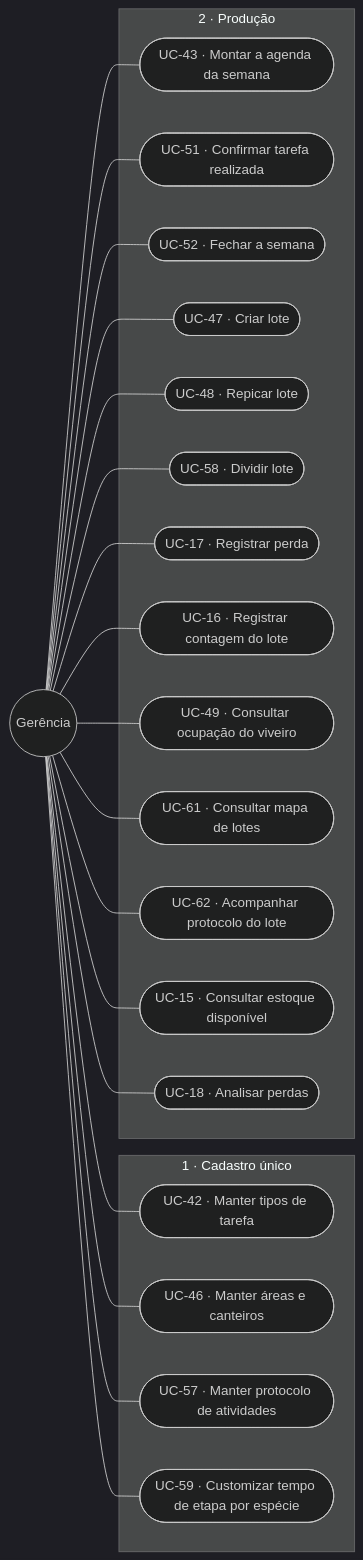
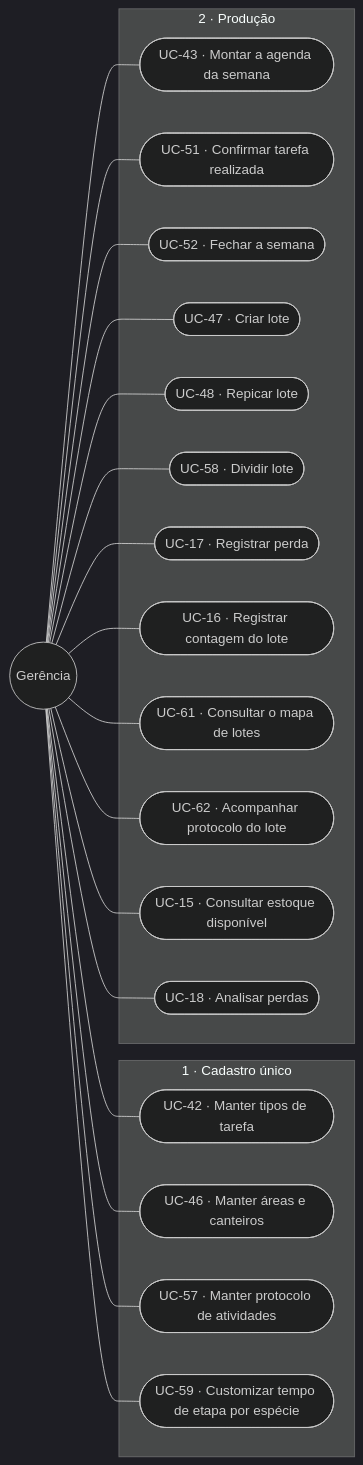
One commit to JoaoMudar/tcc changed the third of 4 diagrams in docs/engenharia/C-modelagem/C1-diagrama-casos-de-uso.md. Above: the diagram before and after it, drawn with Mermaid (dark theme). The commit also changed other lines of this file and 1 other file, not shown here.

Commit message:
docs(F1): reduz prototipo para 35 pranchas e tira o perfil de campo

````diff
--- a/docs/engenharia/C-modelagem/C1-diagrama-casos-de-uso.md
+++ b/docs/engenharia/C-modelagem/C1-diagrama-casos-de-uso.md
@@ -169,45 +169,43 @@
 ```mermaid
 graph LR
   GE(("Gerência"))
 
   subgraph M1["1 · Cadastro único"]
     UC42(["UC-42 · Manter tipos de tarefa"])
     UC46(["UC-46 · Manter áreas e canteiros"])
     UC57(["UC-57 · Manter protocolo de atividades"])
     UC59(["UC-59 · Customizar tempo de etapa por espécie"])
   end
 
   subgraph M2["2 · Produção"]
     UC43(["UC-43 · Montar a agenda da semana"])
     UC51(["UC-51 · Confirmar tarefa realizada"])
     UC52(["UC-52 · Fechar a semana"])
     UC47(["UC-47 · Criar lote"])
     UC48(["UC-48 · Repicar lote"])
     UC58(["UC-58 · Dividir lote"])
     UC17(["UC-17 · Registrar perda"])
     UC16(["UC-16 · Registrar contagem do lote"])
-    UC49(["UC-49 · Consultar ocupação do viveiro"])
-    UC61(["UC-61 · Consultar mapa de lotes"])
+    UC61(["UC-61 · Consultar o mapa de lotes"])
     UC62(["UC-62 · Acompanhar protocolo do lote"])
     UC15(["UC-15 · Consultar estoque disponível"])
     UC18(["UC-18 · Analisar perdas"])
   end
 
   GE --- UC42
   GE --- UC46
   GE --- UC57
   GE --- UC59
   GE --- UC43
   GE --- UC51
   GE --- UC52
   GE --- UC47
   GE --- UC48
   GE --- UC58
   GE --- UC17
   GE --- UC16
-  GE --- UC49
   GE --- UC61
   GE --- UC62
   GE --- UC15
   GE --- UC18
 ```
````
